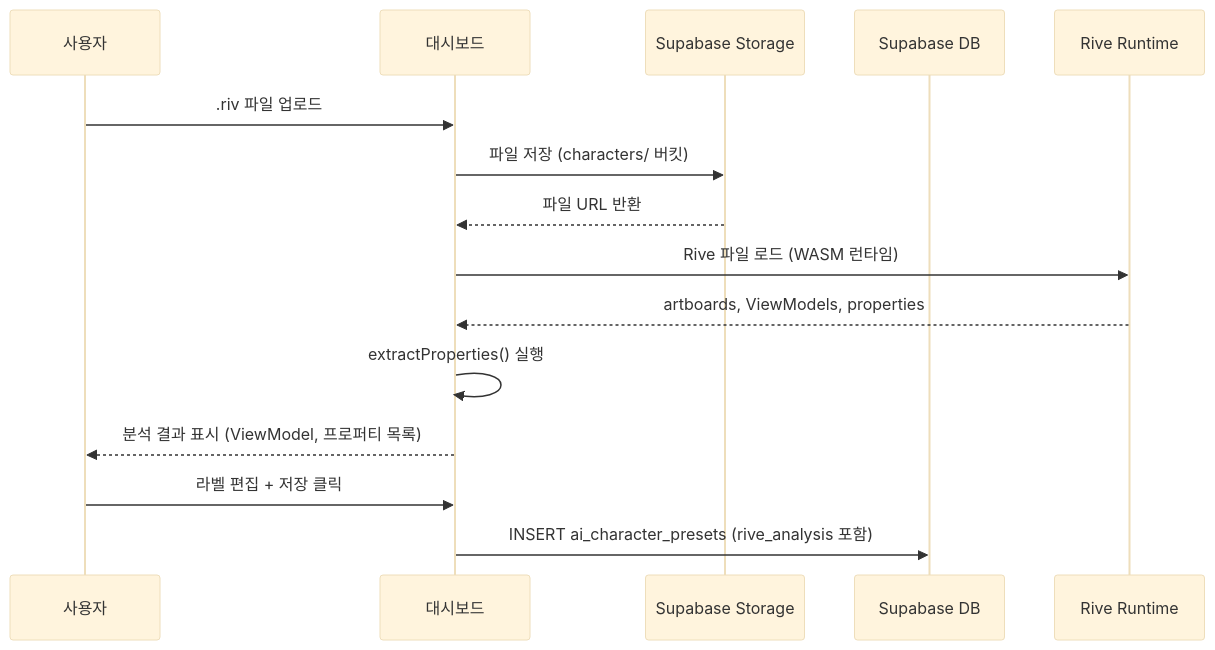
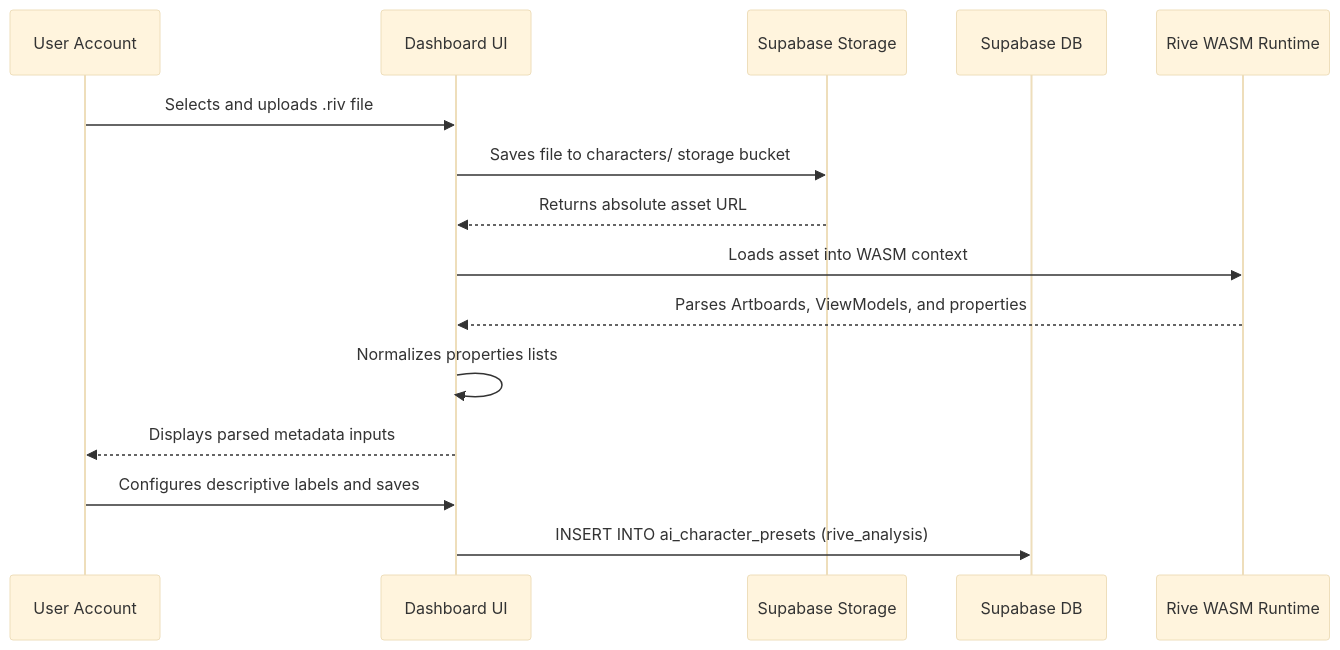
The third of 4 diagrams in webcg-k/docs/guide/AI_CHARACTER_SYSTEM.md (gkisanet/webcg-k), drawn with Mermaid (base theme) before and after one commit. The commit also changed other lines of this file and 39 other files, not shown here.

````diff
--- a/webcg-k/docs/guide/AI_CHARACTER_SYSTEM.md
+++ b/webcg-k/docs/guide/AI_CHARACTER_SYSTEM.md
@@ -513,18 +461,18 @@
 ```mermaid
 sequenceDiagram
-    participant U as 사용자
-    participant D as 대시보드
+    participant U as User Account
+    participant D as Dashboard UI
     participant S as Supabase Storage
     participant DB as Supabase DB
-    participant R as Rive Runtime
+    participant R as Rive WASM Runtime
 
-    U->>D: .riv 파일 업로드
-    D->>S: 파일 저장 (characters/ 버킷)
-    S-->>D: 파일 URL 반환
-    D->>R: Rive 파일 로드 (WASM 런타임)
-    R-->>D: artboards, ViewModels, properties
-    D->>D: extractProperties() 실행
-    D-->>U: 분석 결과 표시 (ViewModel, 프로퍼티 목록)
-    U->>D: 라벨 편집 + 저장 클릭
-    D->>DB: INSERT ai_character_presets (rive_analysis 포함)
+    U->>D: Selects and uploads .riv file
+    D->>S: Saves file to characters/ storage bucket
+    S-->>D: Returns absolute asset URL
+    D->>R: Loads asset into WASM context
+    R-->>D: Parses Artboards, ViewModels, and properties
+    D->>D: Normalizes properties lists
+    D-->>U: Displays parsed metadata inputs
+    U->>D: Configures descriptive labels and saves
+    D->>DB: INSERT INTO ai_character_presets (rive_analysis)
 ```
````
